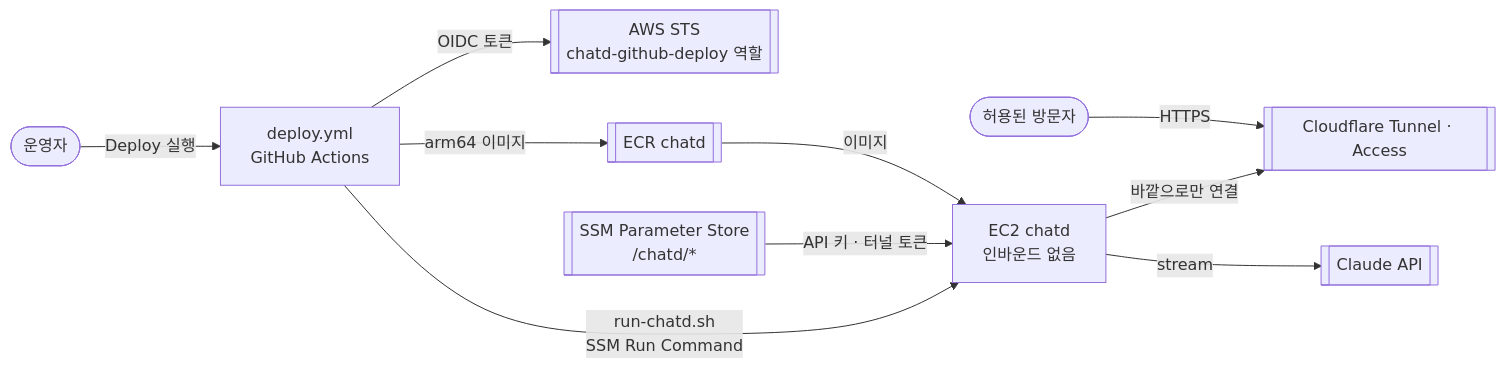
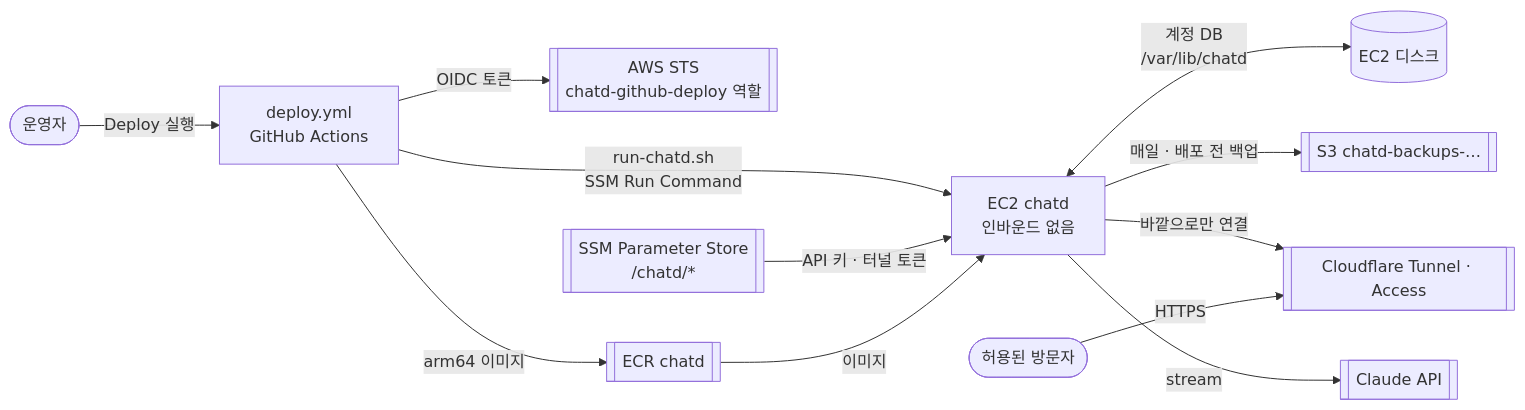
The diagram in deploy/README.md (kimtaesung98/ai-agent-chat-demo), drawn with Mermaid before and after one commit. The commit also changed other lines of this file and 8 other files, not shown here.

````diff
--- a/deploy/README.md
+++ b/deploy/README.md
@@ -30,12 +30,14 @@
 ```mermaid
 flowchart LR
     Operator([운영자]) -->|"Deploy 실행"| GHA["deploy.yml<br>GitHub Actions"]
     GHA -->|"OIDC 토큰"| STS[["AWS STS<br>chatd-github-deploy 역할"]]
     GHA -->|"arm64 이미지"| ECR[["ECR chatd"]]
     GHA -->|"run-chatd.sh<br>SSM Run Command"| EC2["EC2 chatd<br>인바운드 없음"]
     SSM[["SSM Parameter Store<br>/chatd/*"]] -->|"API 키 · 터널 토큰"| EC2
+    EC2 <-->|"계정 DB<br>/var/lib/chatd"| Disk[("EC2 디스크")]
+    EC2 -->|"매일 · 배포 전 백업"| S3[["S3 chatd-backups-…"]]
     ECR -->|"이미지"| EC2
     EC2 -->|"바깥으로만 연결"| CF[["Cloudflare Tunnel · Access"]]
     User([허용된 방문자]) -->|"HTTPS"| CF
     EC2 -->|"stream"| Claude[[Claude API]]
 ```
````
